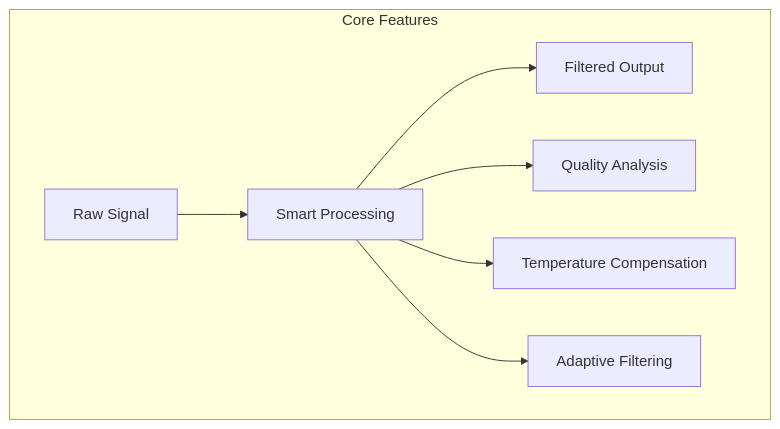
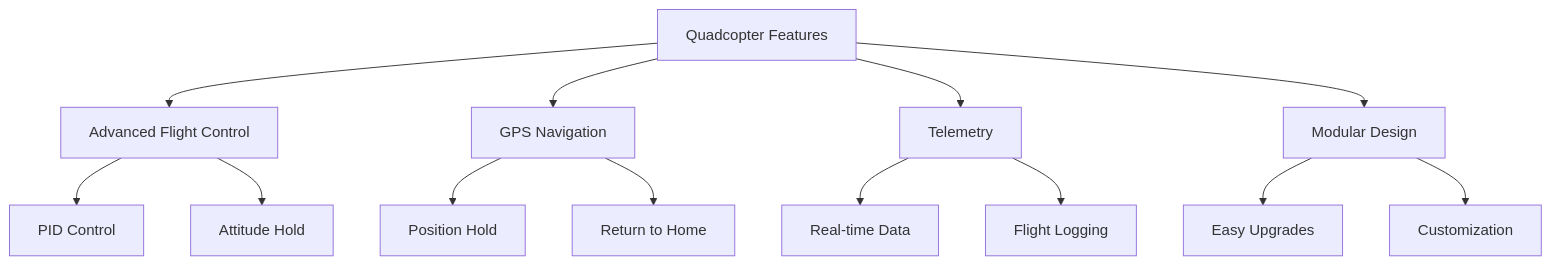
The first of 7 diagrams in README.md (khairul-me/QuadcopterFromScratch), drawn with Mermaid before and after one commit. The commit also changed other lines of this file, not shown here.

````diff
--- a/README.md
+++ b/README.md
@@ -48,11 +37,19 @@
 ```mermaid
 graph TD
-    subgraph "Core Features"
-        A[Raw Signal] --> B[Smart Processing]
-        B --> C[Filtered Output]
-        
-        B --> D[Quality Analysis]
-        B --> E[Temperature Compensation]
-        B --> F[Adaptive Filtering]
-    end
+    A[Quadcopter Features] --> B[Advanced Flight Control]
+    A --> C[GPS Navigation]
+    A --> D[Telemetry]
+    A --> E[Modular Design]
+    
+    B --> B1[PID Control]
+    B --> B2[Attitude Hold]
+    
+    C --> C1[Position Hold]
+    C --> C2[Return to Home]
+    
+    D --> D1[Real-time Data]
+    D --> D2[Flight Logging]
+    
+    E --> E1[Easy Upgrades]
+    E --> E2[Customization]
 ```
````
